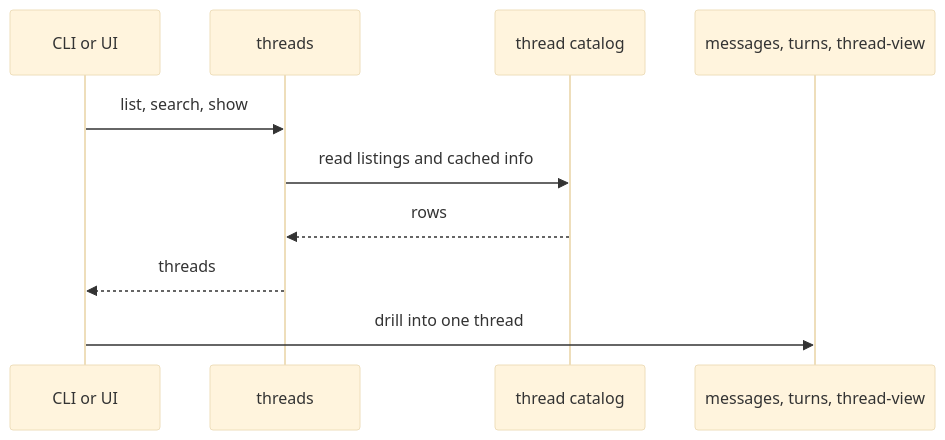
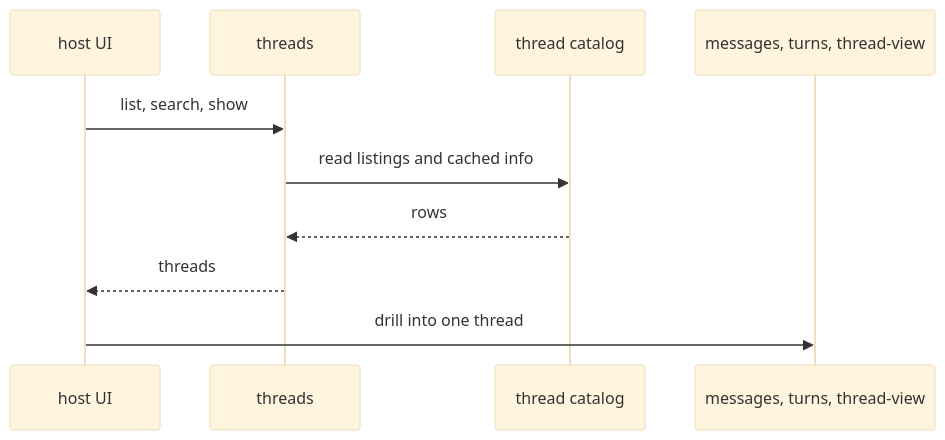
One commit to liminal-ai/long-horizon-context changed the third of 11 diagrams in docs/onboard/02-domain-design.md. Above: the diagram before and after it, drawn with Mermaid (base theme). The commit also changed other lines of this file and 271 other files, not shown here.

````diff
--- a/docs/onboard/02-domain-design.md
+++ b/docs/onboard/02-domain-design.md
@@ -73,12 +71,12 @@
 ```mermaid
 sequenceDiagram
-  participant C as CLI or UI
+  participant C as host UI
   participant T as threads
   participant R as thread catalog
   participant O as messages, turns, thread-view
   C->>T: list, search, show
   T->>R: read listings and cached info
   R-->>T: rows
   T-->>C: threads
   C->>O: drill into one thread
 ```
````
